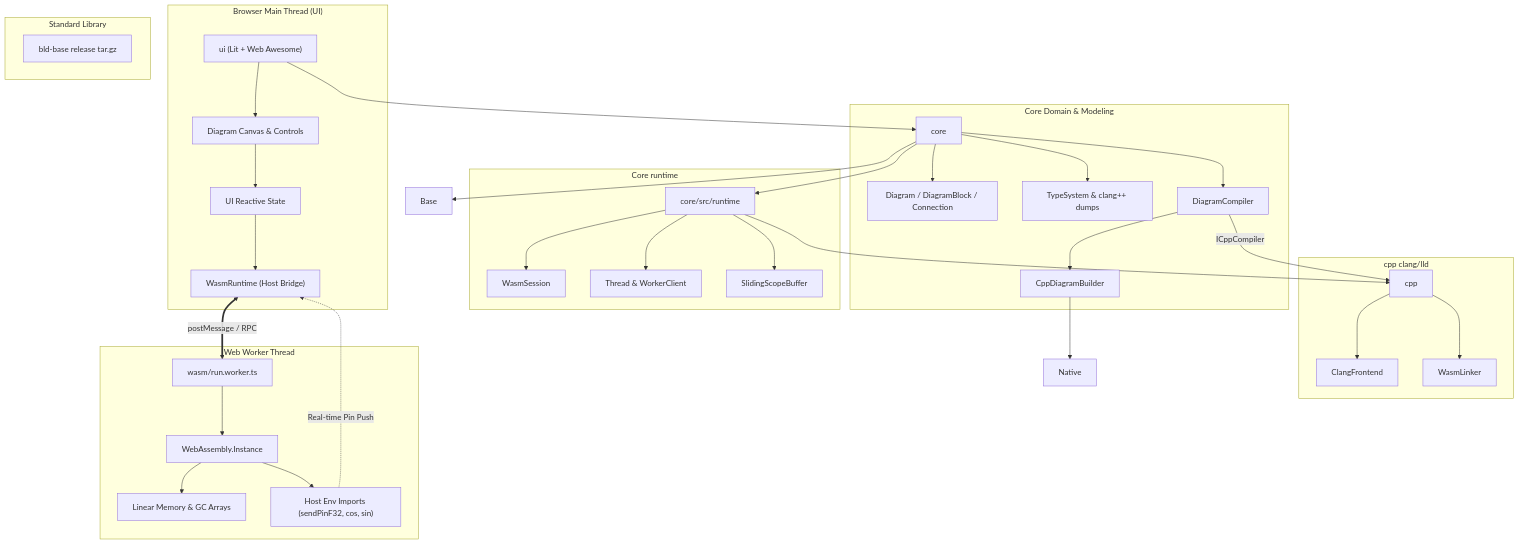
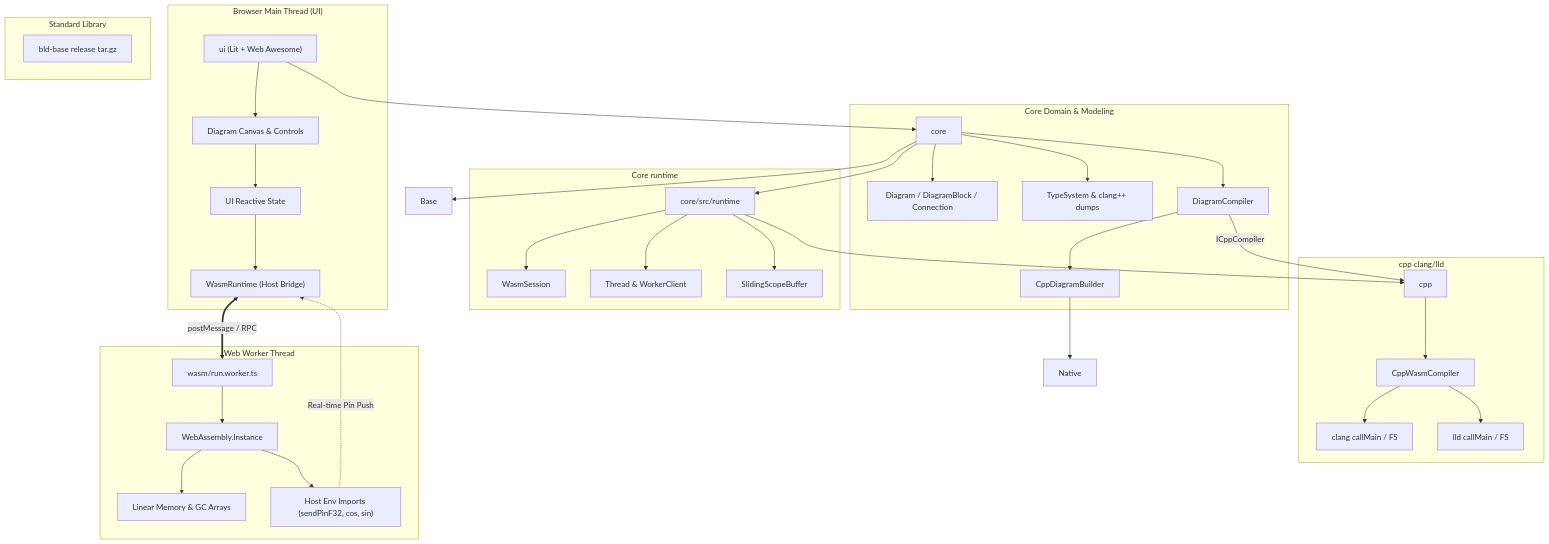
Before and after one commit to dzmauchy/bld: the first of 4 diagrams in README.md, drawn with Mermaid. The commit also changed other lines of this file and 65 other files, not shown here.

````diff
--- a/README.md
+++ b/README.md
@@ -86,69 +86,71 @@
 ```mermaid
 graph TD
     subgraph BrowserUI["Browser Main Thread (UI)"]
         UI["ui (Lit + Web Awesome)"]
         Canvas["Diagram Canvas & Controls"]
         UIState["UI Reactive State"]
         WasmRT["WasmRuntime (Host Bridge)"]
         
         UI --> Canvas
         Canvas --> UIState
         UIState --> WasmRT
     end
 
     subgraph CoreDomain["Core Domain & Modeling"]
         Core["core"]
         Diag["Diagram / DiagramBlock / Connection"]
         TS["TypeSystem & clang++ dumps"]
         CompilerFacade["DiagramCompiler"]
         Builder["CppDiagramBuilder"]
 
         Core --> Diag
         Core --> TS
         Core --> CompilerFacade
         CompilerFacade --> Builder
     end
 
     subgraph RuntimePackage["Core runtime"]
         Runtime["core/src/runtime"]
         Session["WasmSession"]
         ThreadMod["Thread & WorkerClient"]
         Buffers["SlidingScopeBuffer"]
 
         Runtime --> Session
         Runtime --> ThreadMod
         Runtime --> Buffers
     end
 
     subgraph BaseLib["Standard Library"]
         Release["bld-base release tar.gz"]
     end
 
     subgraph CppPkg["cpp clang/lld"]
         Cpp["cpp"]
-        Clang["ClangFrontend"]
-        Lld["WasmLinker"]
-        Cpp --> Clang
-        Cpp --> Lld
+        Compiler["CppWasmCompiler"]
+        Clang["clang callMain / FS"]
+        Lld["lld callMain / FS"]
+        Cpp --> Compiler
+        Compiler --> Clang
+        Compiler --> Lld
     end
 
     subgraph WorkerEnv["Web Worker Thread"]
         WorkerEntry["wasm/run.worker.ts"]
         WasmInst["WebAssembly.Instance"]
         SharedMem["Linear Memory & GC Arrays"]
         EnvBridge["Host Env Imports (sendPinF32, cos, sin)"]
 
         WorkerEntry --> WasmInst
         WasmInst --> SharedMem
         WasmInst --> EnvBridge
     end
 
     UI --> Core
     Core --> Runtime
     Core --> Base
     Runtime --> Cpp
     CompilerFacade -->|"ICppCompiler"| Cpp
     Builder --> Native
     WasmRT <==>|"postMessage / RPC"| WorkerEntry
     EnvBridge -.->|"Real-time Pin Push"| WasmRT
 ```
````
